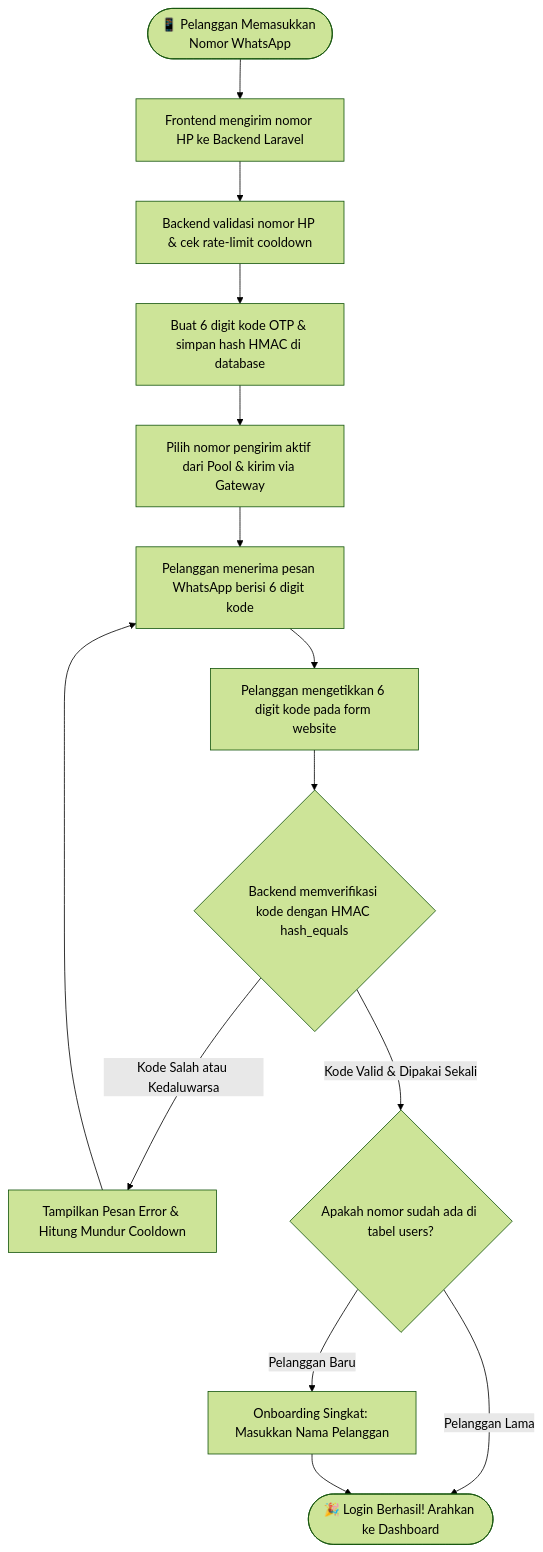
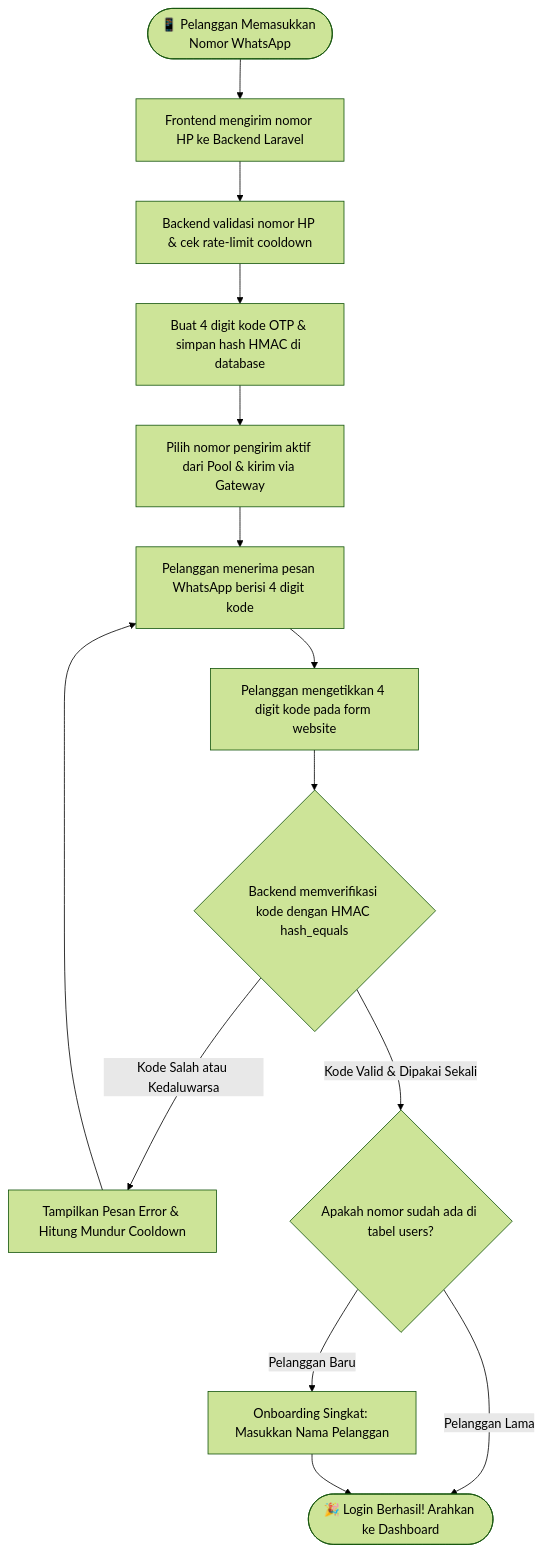
One commit to billi-panca-wijaya/wa-gateway changed the diagram in README.id.md. Above: the diagram before and after it, drawn with Mermaid (forest theme). The commit also changed other lines of this file and 31 other files, not shown here.

````diff
--- a/README.id.md
+++ b/README.id.md
@@ -93,18 +94,18 @@
 ```mermaid
 flowchart TD
     Start([📱 Pelanggan Memasukkan Nomor WhatsApp]) --> Step1[Frontend mengirim nomor HP ke Backend Laravel]
     Step1 --> Step2[Backend validasi nomor HP & cek rate-limit cooldown]
-    Step2 --> Step3[Buat 6 digit kode OTP & simpan hash HMAC di database]
+    Step2 --> Step3[Buat 4 digit kode OTP & simpan hash HMAC di database]
     Step3 --> Step4[Pilih nomor pengirim aktif dari Pool & kirim via Gateway]
-    Step4 --> Step5[Pelanggan menerima pesan WhatsApp berisi 6 digit kode]
-    Step5 --> Step6[Pelanggan mengetikkan 6 digit kode pada form website]
+    Step4 --> Step5[Pelanggan menerima pesan WhatsApp berisi 4 digit kode]
+    Step5 --> Step6[Pelanggan mengetikkan 4 digit kode pada form website]
     Step6 --> Step7{Backend memverifikasi kode dengan HMAC hash_equals}
     
     Step7 -- Kode Salah atau Kedaluwarsa --> Error[Tampilkan Pesan Error & Hitung Mundur Cooldown]
     Error --> Step5
     
     Step7 -- Kode Valid & Dipakai Sekali --> CheckUser{Apakah nomor sudah ada di tabel users?}
     CheckUser -- Pelanggan Lama --> AuthSuccess([🎉 Login Berhasil! Arahkan ke Dashboard])
     CheckUser -- Pelanggan Baru --> Onboard[Onboarding Singkat: Masukkan Nama Pelanggan]
     Onboard --> AuthSuccess
 ```
````
